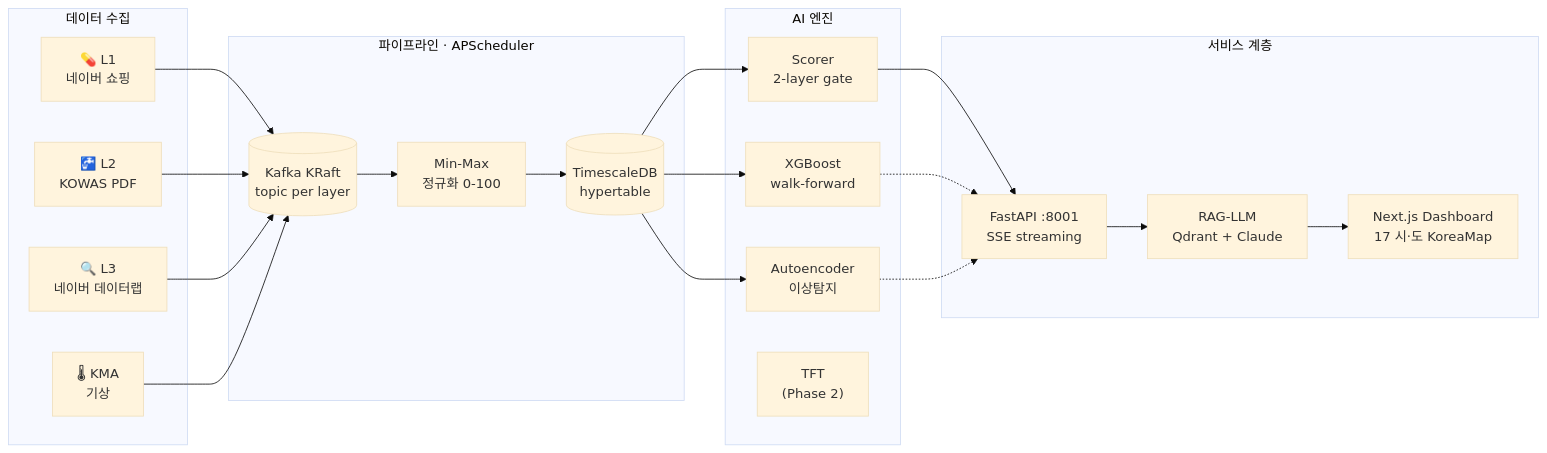
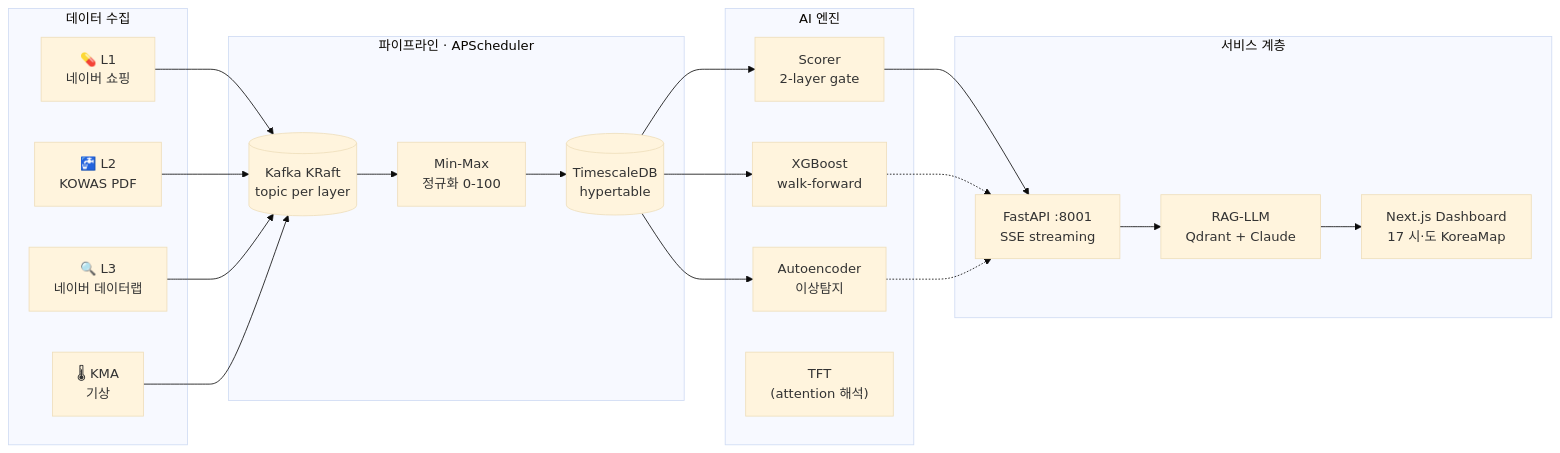
One commit to zln02/urban-immune-system changed the diagram in README.md. Above: the diagram before and after it, drawn with Mermaid (base theme). The commit also changed other lines of this file, not shown here.

````diff
--- a/README.md
+++ b/README.md
@@ -60,29 +64,29 @@
 ```mermaid
 graph LR
     subgraph Sources["데이터 수집"]
         L1["💊 L1<br/>네이버 쇼핑"]
         L2["🚰 L2<br/>KOWAS PDF"]
         L3["🔍 L3<br/>네이버 데이터랩"]
         AUX["🌡 KMA<br/>기상"]
     end
     subgraph Pipeline["파이프라인 · APScheduler"]
         KAFKA[("Kafka KRaft<br/>topic per layer")]
         NORM["Min-Max<br/>정규화 0-100"]
         TSDB[("TimescaleDB<br/>hypertable")]
     end
     subgraph Engine["AI 엔진"]
         SCORER["Scorer<br/>2-layer gate"]
         XGB["XGBoost<br/>walk-forward"]
         AE["Autoencoder<br/>이상탐지"]
-        TFT["TFT<br/>(Phase 2)"]
+        TFT["TFT<br/>(attention 해석)"]
     end
     subgraph Service["서비스 계층"]
         API["FastAPI :8001<br/>SSE streaming"]
         RAG["RAG-LLM<br/>Qdrant + Claude"]
         UI["Next.js Dashboard<br/>17 시·도 KoreaMap"]
     end
     L1 & L2 & L3 & AUX --> KAFKA --> NORM --> TSDB
     TSDB --> SCORER --> API
     TSDB --> XGB & AE -.-> API
     API --> RAG --> UI
 ```
````
